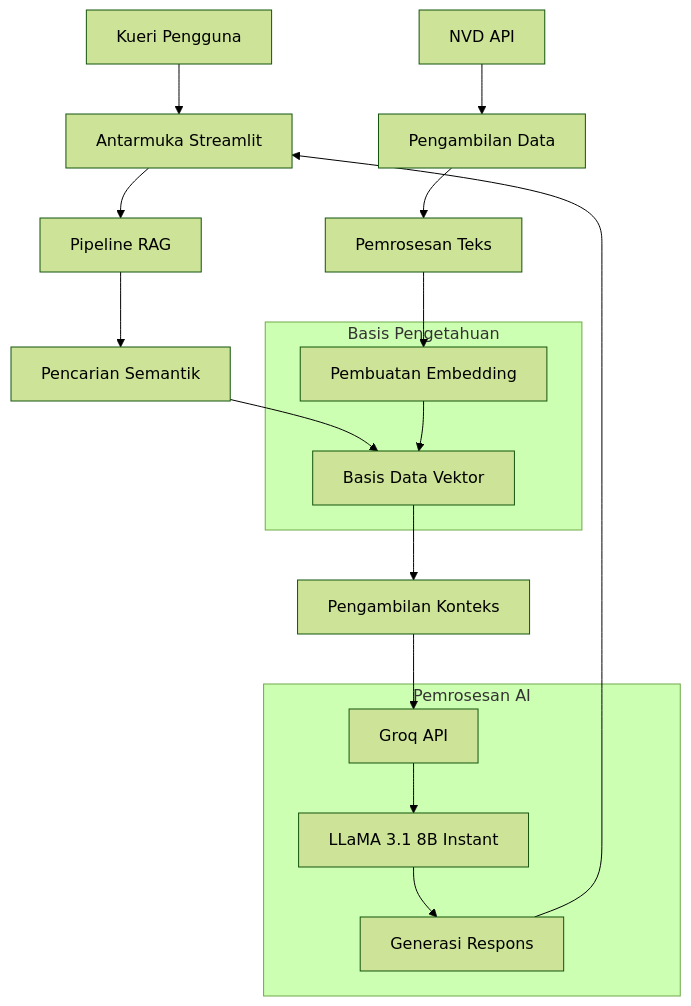
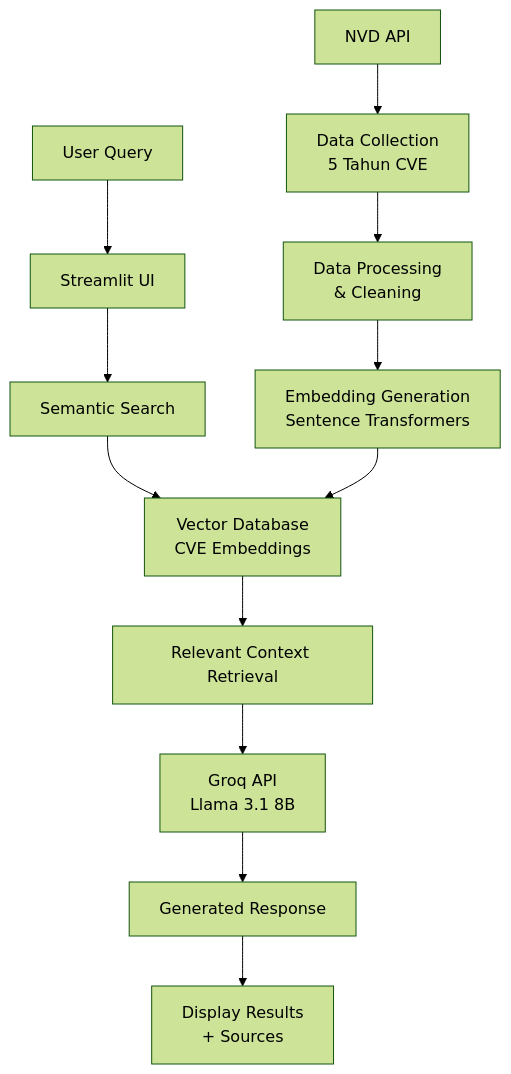
One commit to FridhaMegantaraPutra/RagCyberSecurity changed the diagram in README.MD. Above: the diagram before and after it, drawn with Mermaid (forest theme). The commit also changed other lines of this file and 7 other files, not shown here.

````diff
--- a/README.MD
+++ b/README.MD
@@ -9,28 +17,16 @@
 ```mermaid
 graph TB
-    A[Kueri Pengguna] --> B[Antarmuka Streamlit]
-    B --> C[Pipeline RAG]
-    C --> D[Pencarian Semantik]
-    D --> E[Basis Data Vektor]
-    E --> F[Pengambilan Konteks]
-    F --> G[Groq API]
-    G --> H[LLaMA 3.1 8B Instant]
-    H --> I[Generasi Respons]
-    I --> B
+    A[User Query] --> B[Streamlit UI]
+    B --> C[Semantic Search]
+    C --> D[Vector Database<br/>CVE Embeddings]
+    D --> E[Relevant Context Retrieval]
+    E --> F[Groq API<br/>Llama 3.1 8B]
+    F --> G[Generated Response]
+    G --> H[Display Results<br/>+ Sources]
     
-    J[NVD API] --> K[Pengambilan Data]
-    K --> L[Pemrosesan Teks]
-    L --> M[Pembuatan Embedding]
-    M --> E
+    I[NVD API] --> J[Data Collection<br/>5 Tahun CVE]
+    J --> K[Data Processing<br/>& Cleaning]
+    K --> L[Embedding Generation<br/>Sentence Transformers]
+    L --> D
     
-    subgraph "Basis Pengetahuan"
-        E
-        M
-    end
-    
-    subgraph "Pemrosesan AI"
-        G
-        H
-        I
-    end
 ```
````
